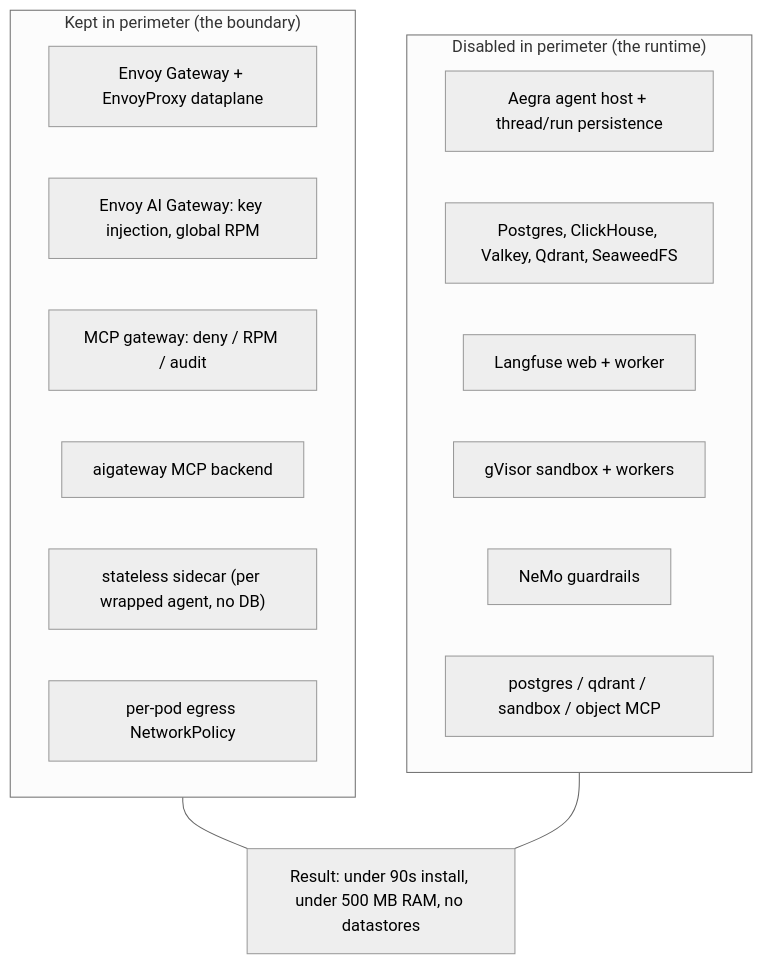
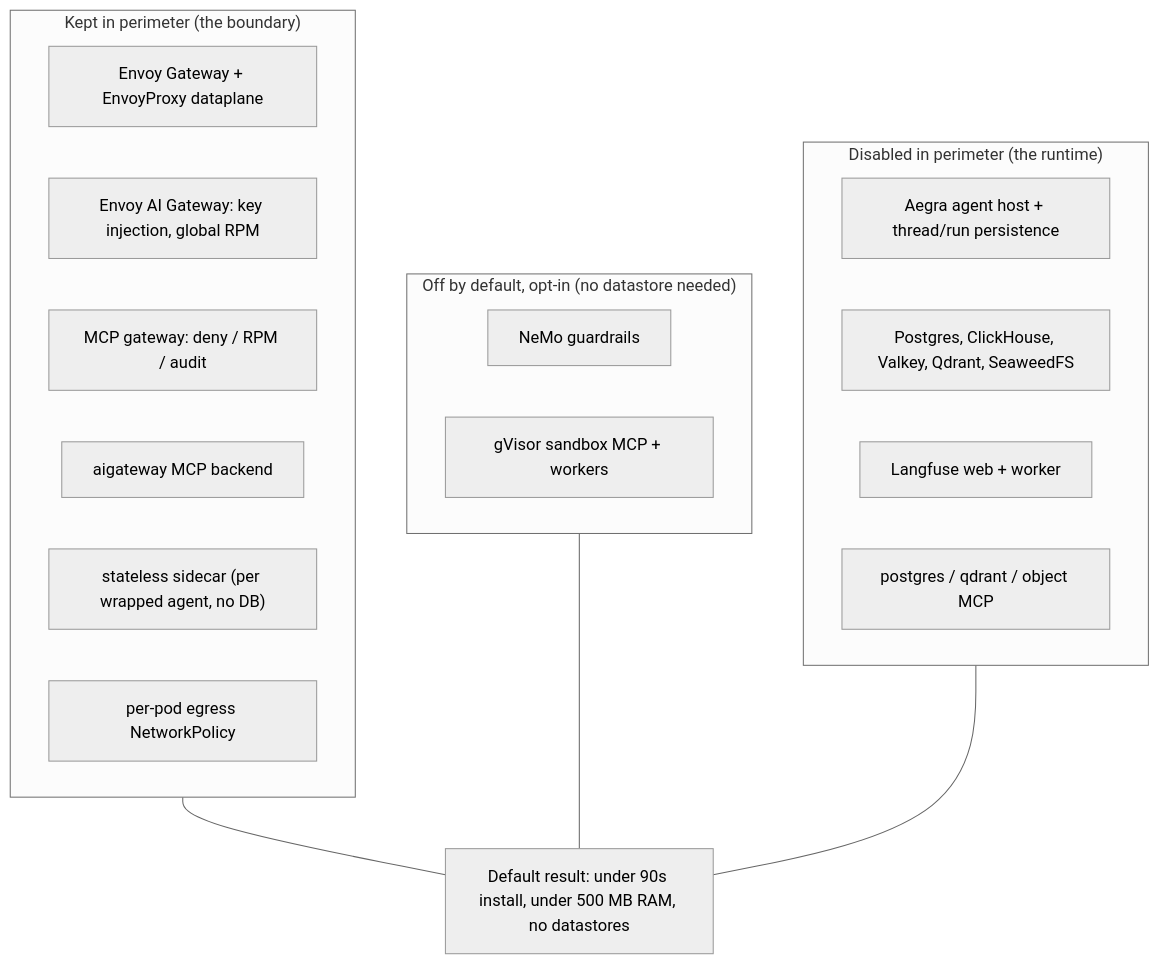
Before and after one commit to devopssquaddev/zelkor-platform: the second of 3 diagrams in docs/perimeter.md, drawn with Mermaid. The commit also changed other lines of this file and 23 other files, not shown here.

First line of the commit message:
feat(helm,install): NeMo guardrails and gVisor sandbox as perimeter opt-ins

````diff
--- a/docs/perimeter.md
+++ b/docs/perimeter.md
@@ -53,26 +53,29 @@
 ```mermaid
 ---
 config:
   theme: neutral
 ---
 flowchart TB
   subgraph keep["Kept in perimeter (the boundary)"]
     k1["Envoy Gateway + EnvoyProxy dataplane"]
     k2["Envoy AI Gateway: key injection, global RPM"]
     k3["MCP gateway: deny / RPM / audit"]
     k4["aigateway MCP backend"]
     k5["stateless sidecar (per wrapped agent, no DB)"]
     k6["per-pod egress NetworkPolicy"]
   end
+  subgraph opt["Off by default, opt-in (no datastore needed)"]
+    o1["NeMo guardrails"]
+    o2["gVisor sandbox MCP + workers"]
+  end
   subgraph drop["Disabled in perimeter (the runtime)"]
     d1["Aegra agent host + thread/run persistence"]
     d2["Postgres, ClickHouse, Valkey, Qdrant, SeaweedFS"]
     d3["Langfuse web + worker"]
-    d4["gVisor sandbox + workers"]
-    d5["NeMo guardrails"]
-    d6["postgres / qdrant / sandbox / object MCP"]
+    d6["postgres / qdrant / object MCP"]
   end
-  note["Result: under 90s install, under 500 MB RAM, no datastores"]
+  note["Default result: under 90s install, under 500 MB RAM, no datastores"]
   keep --- note
+  opt --- note
   drop --- note
 ```
````
